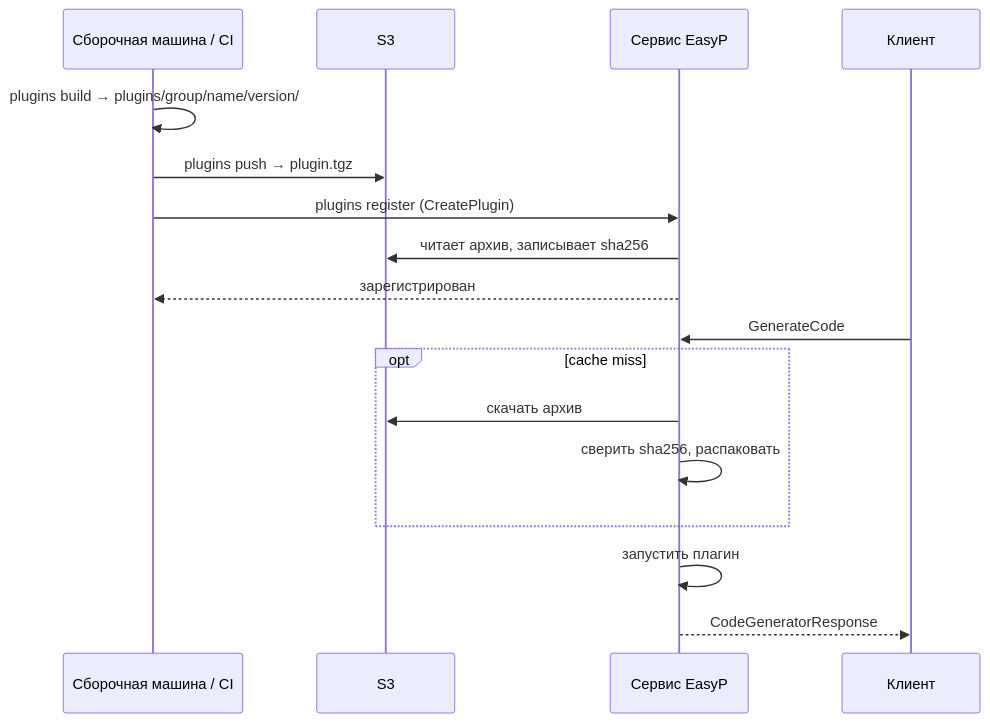
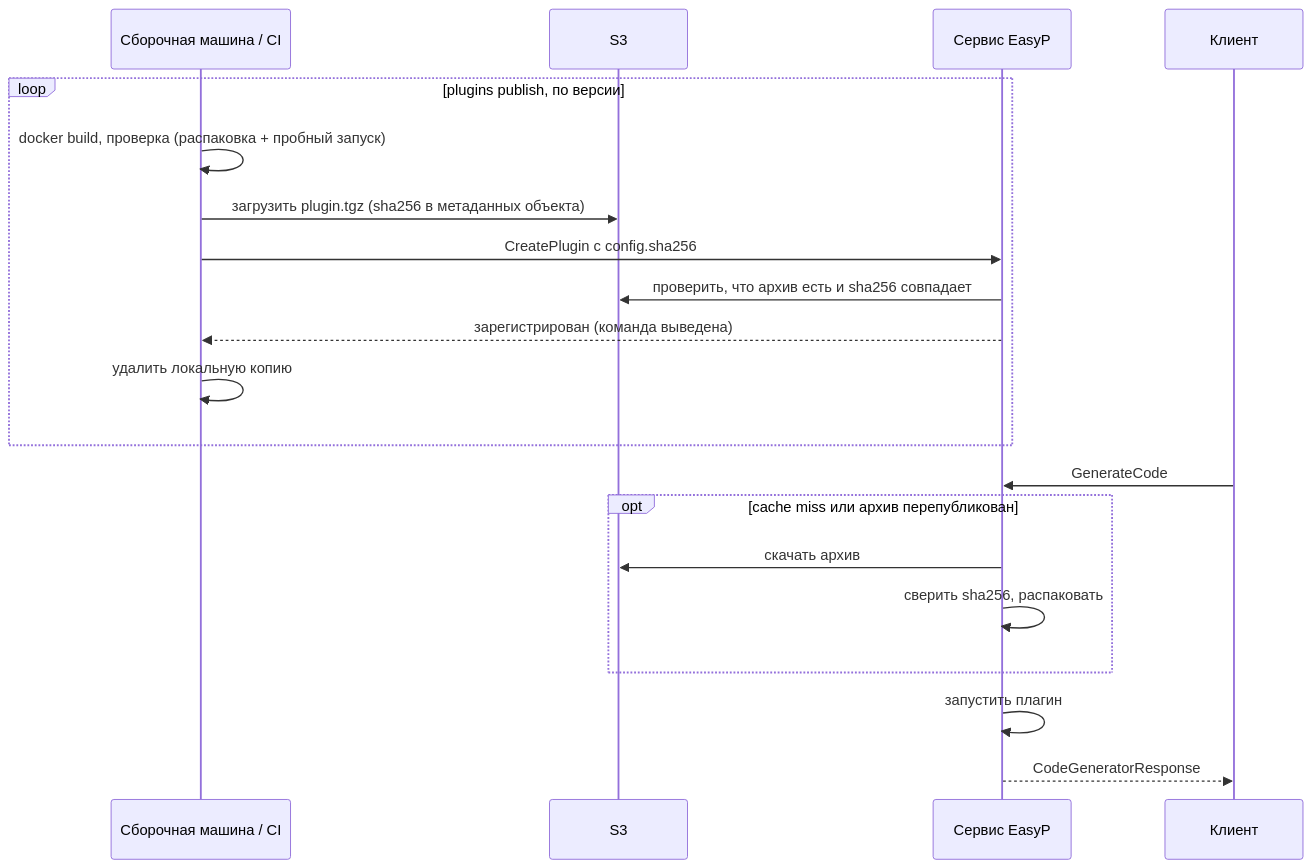
The diagram in content/docs/api-service/plugins.ru.mdx (easyp-tech/docs), drawn with Mermaid before and after one commit. The commit also changed other lines of this file and 19 other files, not shown here.

First line of the commit message:
api-service: plugins publish replaces push, register and pack (v1.2.0) (#5)

````diff
--- a/content/docs/api-service/plugins.ru.mdx
+++ b/content/docs/api-service/plugins.ru.mdx
@@ -85,19 +85,22 @@
 ```mermaid
 sequenceDiagram
   participant B as Сборочная машина / CI
   participant S3 as S3
   participant Svc as Сервис EasyP
   participant C as Клиент
-  B->>B: plugins build → plugins/group/name/version/
-  B->>S3: plugins push → plugin.tgz
-  B->>Svc: plugins register (CreatePlugin)
-  Svc->>S3: читает архив, записывает sha256
-  Svc-->>B: зарегистрирован
+  loop plugins publish, по версии
+    B->>B: docker build, проверка (распаковка + пробный запуск)
+    B->>S3: загрузить plugin.tgz (sha256 в метаданных объекта)
+    B->>Svc: CreatePlugin с config.sha256
+    Svc->>S3: проверить, что архив есть и sha256 совпадает
+    Svc-->>B: зарегистрирован (команда выведена)
+    B->>B: удалить локальную копию
+  end
   C->>Svc: GenerateCode
-  opt cache miss
+  opt cache miss или архив перепубликован
     Svc->>S3: скачать архив
     Svc->>Svc: сверить sha256, распаковать
   end
   Svc->>Svc: запустить плагин
   Svc-->>C: CodeGeneratorResponse
 ```
````
